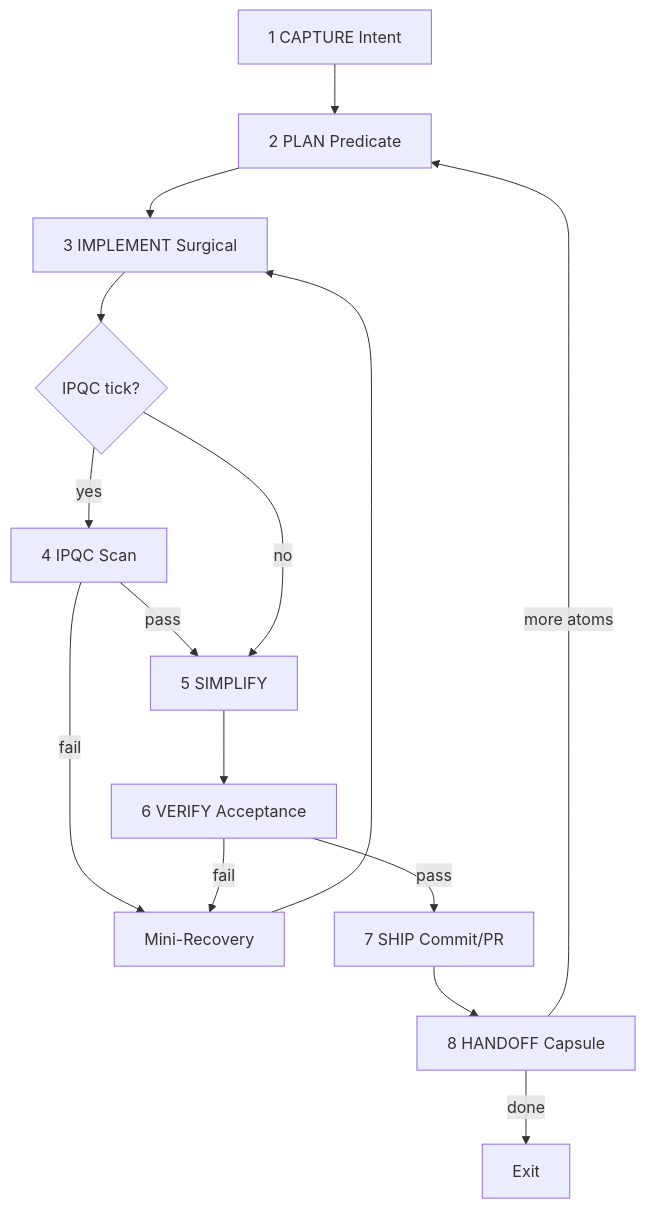
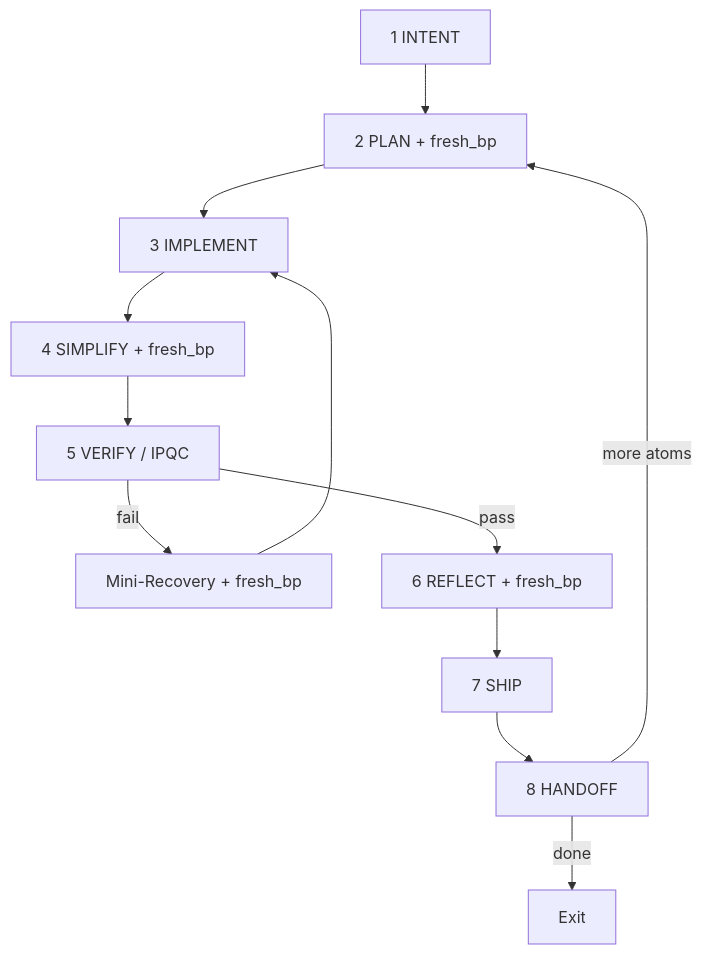
The diagram in .grok/skills/turing-loop/SKILL.md (gretjia/turingos_lite), drawn with Mermaid before and after one commit. The commit also changed other lines of this file and 5 other files, not shown here.

````diff
--- a/.grok/skills/turing-loop/SKILL.md
+++ b/.grok/skills/turing-loop/SKILL.md
@@ -78,17 +116,14 @@
 ```mermaid
 flowchart TD
-  A[1 CAPTURE Intent] --> B[2 PLAN Predicate]
-  B --> C[3 IMPLEMENT Surgical]
-  C --> D{IPQC tick?}
-  D -->|yes| E[4 IPQC Scan]
-  E -->|fail| F[Mini-Recovery]
+  A[1 INTENT] --> B[2 PLAN + fresh_bp]
+  B --> C[3 IMPLEMENT]
+  C --> D[4 SIMPLIFY + fresh_bp]
+  D --> E[5 VERIFY / IPQC]
+  E -->|fail| F[Mini-Recovery + fresh_bp]
   F --> C
-  E -->|pass| G[5 SIMPLIFY]
-  D -->|no| G
-  G --> H[6 VERIFY Acceptance]
-  H -->|fail| F
-  H -->|pass| I[7 SHIP Commit/PR]
-  I --> J[8 HANDOFF Capsule]
-  J -->|more atoms| B
-  J -->|done| K[Exit]
+  E -->|pass| G[6 REFLECT + fresh_bp]
+  G --> H[7 SHIP]
+  H --> I[8 HANDOFF]
+  I -->|more atoms| B
+  I -->|done| J[Exit]
 ```
````
